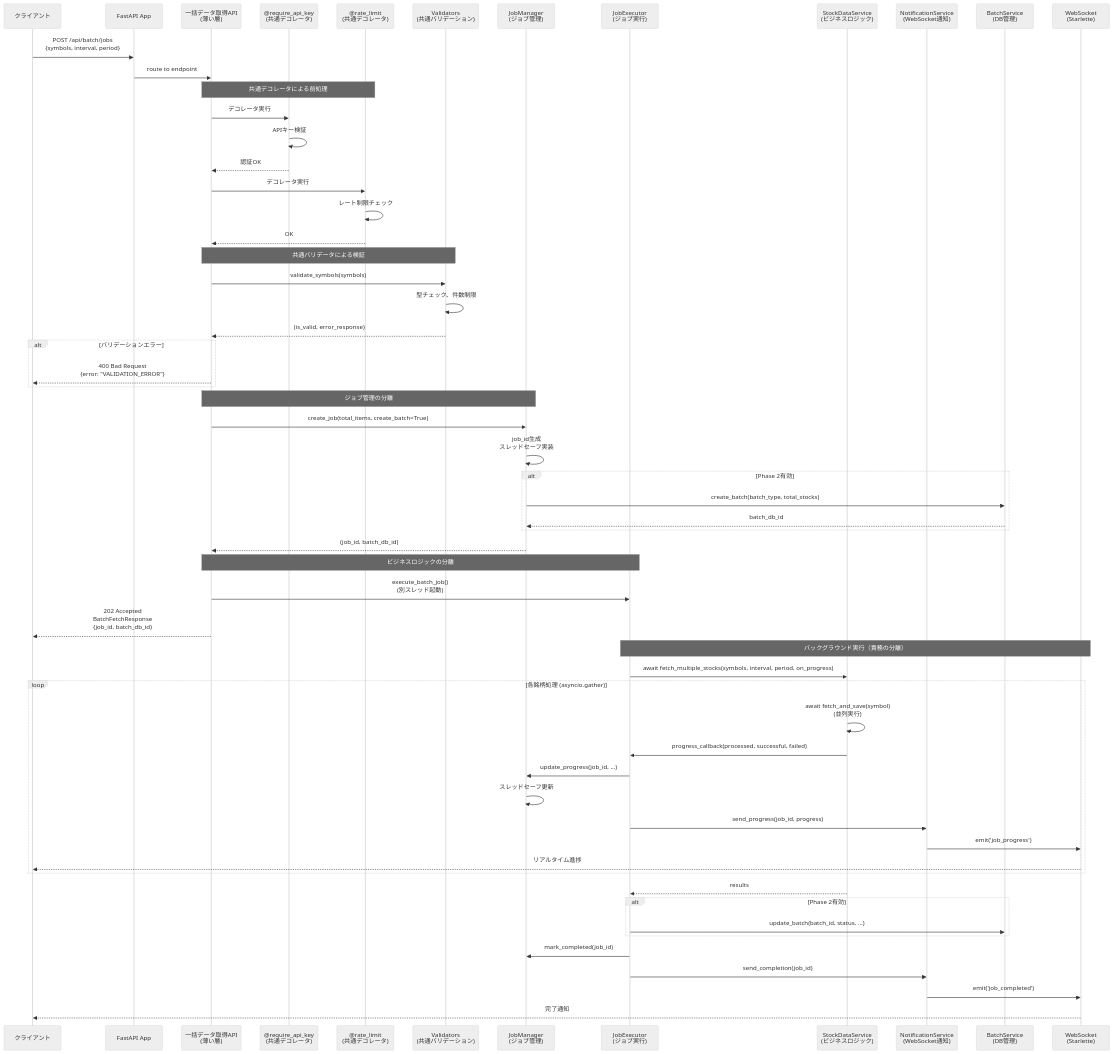
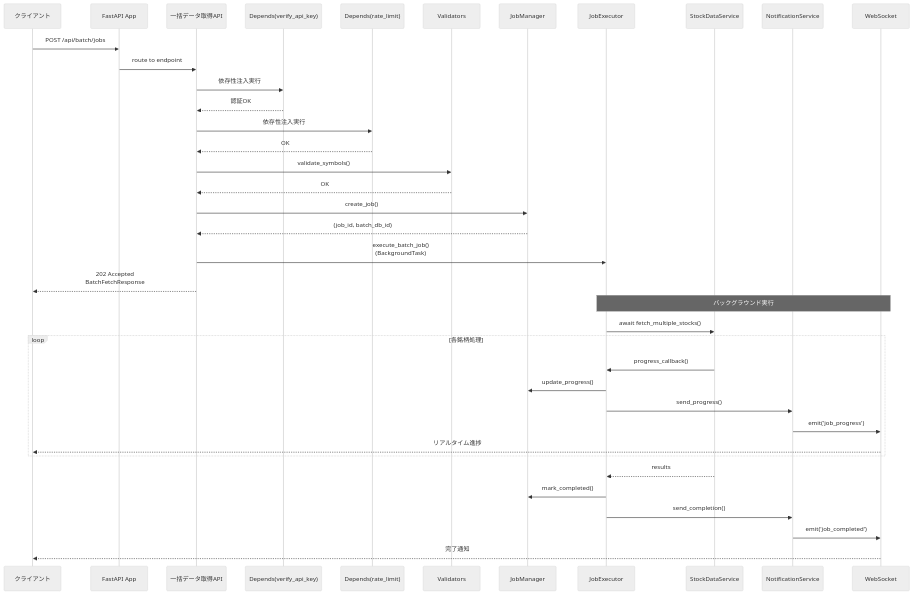
One commit to TIMMY-WEST/STOCK-INVESTMENT-ANALYZER changed the sixth of 9 diagrams in docs/architecture/layers/api_layer.md. Above: the diagram before and after it, drawn with Mermaid (neutral theme). The commit also changed other lines of this file and 1 other file, not shown here.

````diff
--- a/docs/architecture/layers/api_layer.md
+++ b/docs/architecture/layers/api_layer.md
@@ -465,78 +516,50 @@
 ```mermaid
 sequenceDiagram
     participant Client as クライアント
     participant FastAPI as FastAPI App
-    participant BatchAPI as 一括データ取得API<br/>(薄い層)
-    participant Auth as @require_api_key<br/>(共通デコレータ)
-    participant RateLimit as @rate_limit<br/>(共通デコレータ)
-    participant Validators as Validators<br/>(共通バリデーション)
-    participant JobMgr as JobManager<br/>(ジョブ管理)
-    participant JobExec as JobExecutor<br/>(ジョブ実行)
-    participant BatchSvc as StockDataService<br/>(ビジネスロジック)
-    participant NotifySvc as NotificationService<br/>(WebSocket通知)
-    participant BatchDBSvc as BatchService<br/>(DB管理)
-    participant WebSocket as WebSocket<br/>(Starlette)
+    participant BatchAPI as 一括データ取得API
+    participant Auth as Depends(verify_api_key)
+    participant RateLimit as Depends(rate_limit)
+    participant Validators as Validators
+    participant JobMgr as JobManager
+    participant JobExec as JobExecutor
+    participant StockSvc as StockDataService
+    participant NotifySvc as NotificationService
+    participant WebSocket as WebSocket
 
-    Client->>FastAPI: POST /api/batch/jobs<br/>{symbols, interval, period}
+    Client->>FastAPI: POST /api/batch/jobs
     FastAPI->>BatchAPI: route to endpoint
 
-    Note over BatchAPI,RateLimit: 共通デコレータによる前処理
-    BatchAPI->>Auth: デコレータ実行
-    Auth->>Auth: APIキー検証
+    BatchAPI->>Auth: 依存性注入実行
     Auth-->>BatchAPI: 認証OK
 
-    BatchAPI->>RateLimit: デコレータ実行
-    RateLimit->>RateLimit: レート制限チェック
+    BatchAPI->>RateLimit: 依存性注入実行
     RateLimit-->>BatchAPI: OK
 
-    Note over BatchAPI,Validators: 共通バリデータによる検証
-    BatchAPI->>Validators: validate_symbols(symbols)
-    Validators->>Validators: 型チェック、件数制限
-    Validators-->>BatchAPI: (is_valid, error_response)
+    BatchAPI->>Validators: validate_symbols()
+    Validators-->>BatchAPI: OK
 
-    alt バリデーションエラー
-        BatchAPI-->>Client: 400 Bad Request<br/>{error: "VALIDATION_ERROR"}
-    end
-
-    Note over BatchAPI,JobMgr: ジョブ管理の分離
-    BatchAPI->>JobMgr: create_job(total_items, create_batch=True)
-    JobMgr->>JobMgr: job_id生成<br/>スレッドセーフ実装
-
-    alt Phase 2有効
-        JobMgr->>BatchDBSvc: create_batch(batch_type, total_stocks)
-        BatchDBSvc-->>JobMgr: batch_db_id
-    end
-
+    BatchAPI->>JobMgr: create_job()
     JobMgr-->>BatchAPI: (job_id, batch_db_id)
 
-    Note over BatchAPI,JobExec: ビジネスロジックの分離
-    BatchAPI->>JobExec: execute_batch_job()<br/>(別スレッド起動)
-    BatchAPI-->>Client: 202 Accepted<br/>BatchFetchResponse<br/>{job_id, batch_db_id}
+    BatchAPI->>JobExec: execute_batch_job()<br/>(BackgroundTask)
+    BatchAPI-->>Client: 202 Accepted<br/>BatchFetchResponse
 
-    Note over JobExec,WebSocket: バックグラウンド実行（責務の分離）
+    Note over JobExec,WebSocket: バックグラウンド実行
 
-    JobExec->>BatchSvc: await fetch_multiple_stocks(symbols, interval, period, on_progress)
+    JobExec->>StockSvc: await fetch_multiple_stocks()
 
-    loop 各銘柄処理 (asyncio.gather)
-        BatchSvc->>BatchSvc: await fetch_and_save(symbol)<br/>(並列実行)
-        BatchSvc->>JobExec: progress_callback(processed, successful, failed)
-
-        JobExec->>JobMgr: update_progress(job_id, ...)
-        JobMgr->>JobMgr: スレッドセーフ更新
-
-        JobExec->>NotifySvc: send_progress(job_id, progress)
+    loop 各銘柄処理
+        StockSvc->>JobExec: progress_callback()
+        JobExec->>JobMgr: update_progress()
+        JobExec->>NotifySvc: send_progress()
         NotifySvc->>WebSocket: emit('job_progress')
         WebSocket-->>Client: リアルタイム進捗
     end
 
-    BatchSvc-->>JobExec: results
-
-    alt Phase 2有効
-        JobExec->>BatchDBSvc: update_batch(batch_id, status, ...)
-    end
-
-    JobExec->>JobMgr: mark_completed(job_id)
-    JobExec->>NotifySvc: send_completion(job_id)
+    StockSvc-->>JobExec: results
+    JobExec->>JobMgr: mark_completed()
+    JobExec->>NotifySvc: send_completion()
     NotifySvc->>WebSocket: emit('job_completed')
     WebSocket-->>Client: 完了通知
 ```
````
